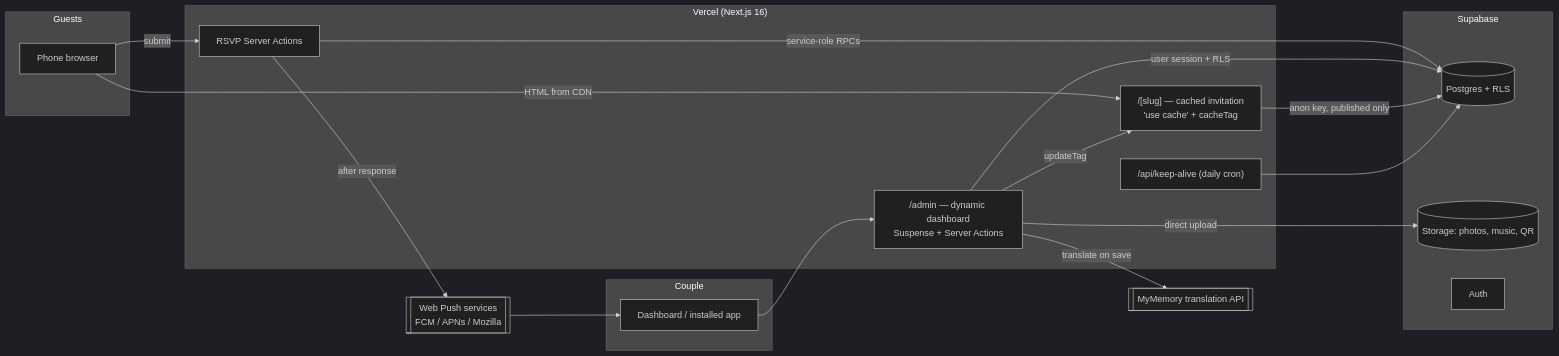
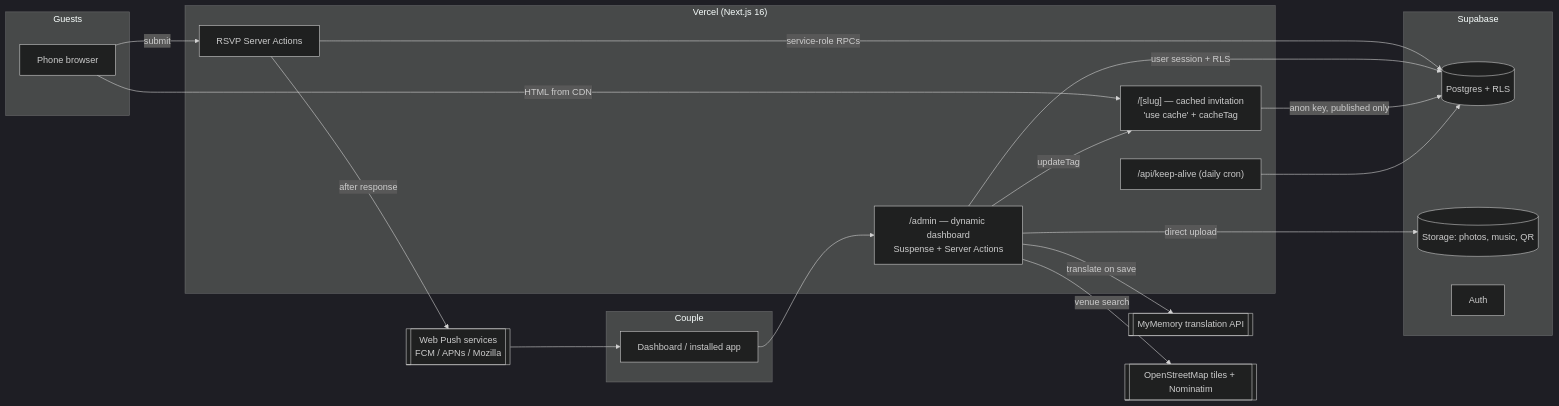
Before and after one commit to Daniiel18/plataforma-bodas: the first of 2 diagrams in docs/architecture.md, drawn with Mermaid (dark theme). The commit also changed other lines of this file and 7 other files, not shown here.

First line of the commit message:
docs: operations guide, roadmap and recommended Vercel and Supabase settings

````diff
--- a/docs/architecture.md
+++ b/docs/architecture.md
@@ -8,35 +8,37 @@
 ```mermaid
 flowchart LR
   subgraph Guests
     G[Phone browser]
   end
   subgraph Couple
     C[Dashboard / installed app]
   end
   subgraph Vercel["Vercel (Next.js 16)"]
     INV["/[slug] — cached invitation<br/>'use cache' + cacheTag"]
     ADM["/admin — dynamic dashboard<br/>Suspense + Server Actions"]
     RSVP["RSVP Server Actions"]
     CRON["/api/keep-alive (daily cron)"]
   end
   subgraph Supabase
     DB[(Postgres + RLS)]
     ST[(Storage: photos, music, QR)]
     AUTH[Auth]
   end
   PUSH[[Web Push services<br/>FCM / APNs / Mozilla]]
   MM[[MyMemory translation API]]
+  OSM[[OpenStreetMap tiles + Nominatim]]
 
   G -->|HTML from CDN| INV
   G -->|submit| RSVP
   RSVP -->|service-role RPCs| DB
   RSVP -->|after response| PUSH
   PUSH --> C
   C --> ADM
   ADM -->|user session + RLS| DB
   ADM -->|direct upload| ST
   ADM -->|translate on save| MM
+  ADM -->|venue search| OSM
   ADM -->|updateTag| INV
   INV -->|anon key, published only| DB
   CRON --> DB
 ```
````
